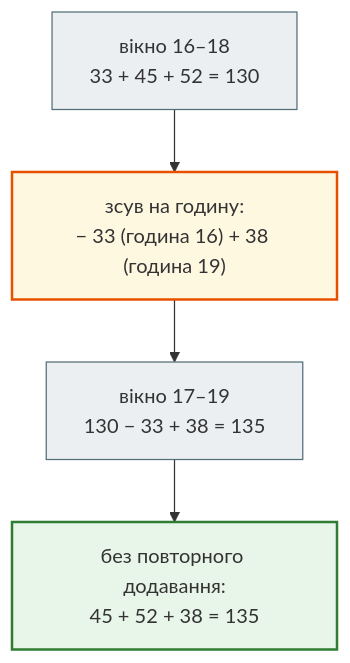
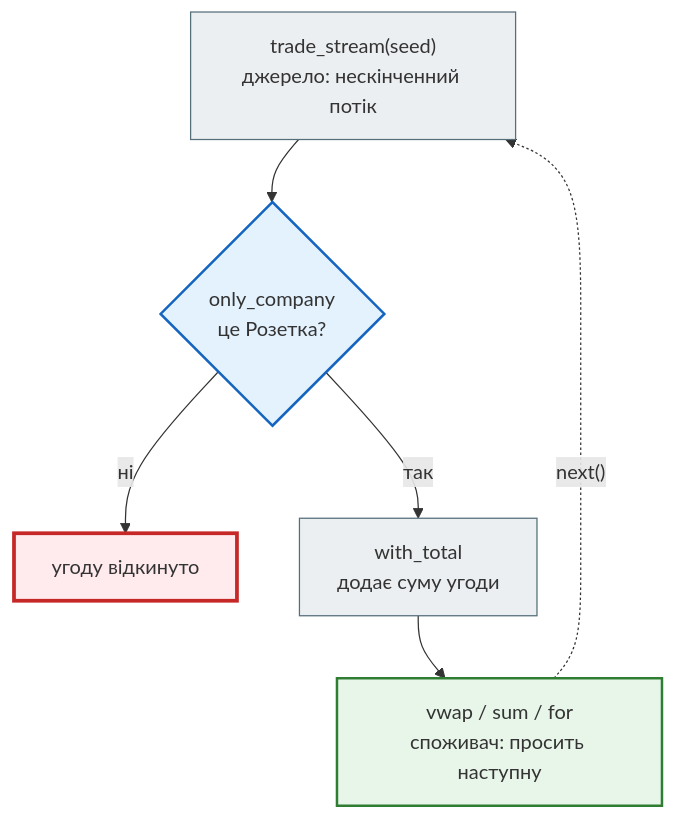
The third of 3 diagrams in docs/modules/m1/lesson_11.md (AlinaRadchenko/PY-Course-Victor-Nikoriak-22-09-2026), drawn with Mermaid before and after one commit. The commit also changed other lines of this file and 1846 other files, not shown here.

````diff
--- a/docs/modules/m1/lesson_11.md
+++ b/docs/modules/m1/lesson_11.md
@@ -410,16 +337,20 @@
 ```mermaid
 flowchart TD
     classDef step     fill:#eceff1,stroke:#546e7a,stroke-width:1px;
     classDef decision fill:#e3f2fd,stroke:#1565c0,stroke-width:2px;
     classDef success  fill:#e8f5e9,stroke:#2e7d32,stroke-width:2px;
     classDef error    fill:#ffebee,stroke:#c62828,stroke-width:3px;
     classDef warning  fill:#fff8e1,stroke:#e65100,stroke-width:2px;
 
-    A["вікно 16–18<br>33 + 45 + 52 = 130"] --> B["зсув на годину:<br>− 33 (година 16) + 38 (година 19)"]
-    B --> C["вікно 17–19<br>130 − 33 + 38 = 135"]
-    C --> D["без повторного додавання:<br>45 + 52 + 38 = 135"]
+    S["trade_stream(seed)<br>джерело: нескінченний потік"] --> F{"only_company<br>це Розетка?"}
+    F -- ні --> X["угоду відкинуто"]
+    F -- так --> T["with_total<br>додає суму угоди"]
+    T --> R["vwap / sum / for<br>споживач: просить наступну"]
+    R -. "next()" .-> S
 
-    class A,C step
-    class B warning
-    class D success
+    class S step
+    class F decision
+    class X error
+    class T step
+    class R success
 ```
````
